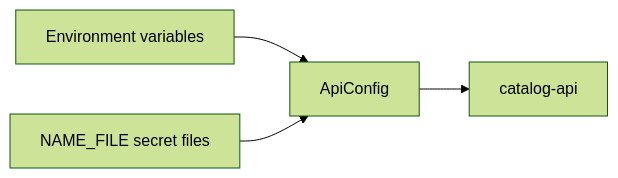
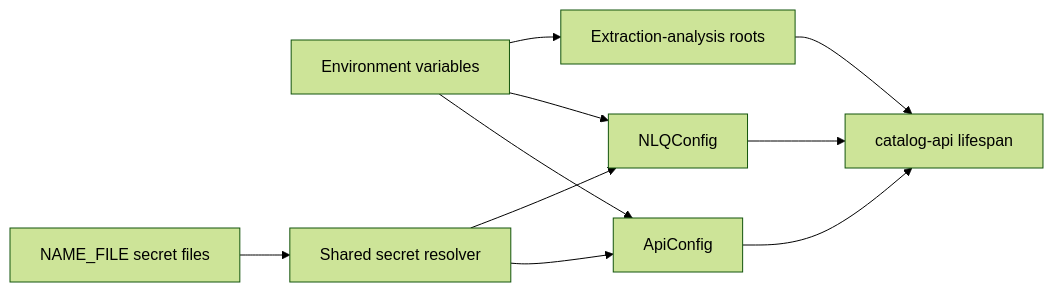
The diagram in docs/configuration.md (groovemap-music/catalog-api), drawn with Mermaid (forest theme) before and after one commit. The commit also changed other lines of this file and 11 other files, not shown here.

````diff
--- a/docs/configuration.md
+++ b/docs/configuration.md
@@ -7,6 +7,12 @@
 ```mermaid
 flowchart LR
-    Environment[Environment variables] --> Config[ApiConfig]
-    SecretFiles[NAME_FILE secret files] --> Config
-    Config --> API[catalog-api]
+    Environment[Environment variables] --> APIConfig[ApiConfig]
+    Environment --> NLQConfig[NLQConfig]
+    Environment --> Analysis[Extraction-analysis roots]
+    SecretFiles[NAME_FILE secret files] --> Resolver[Shared secret resolver]
+    Resolver --> APIConfig
+    Resolver --> NLQConfig
+    APIConfig --> API[catalog-api lifespan]
+    NLQConfig --> API
+    Analysis --> API
 ```
````
